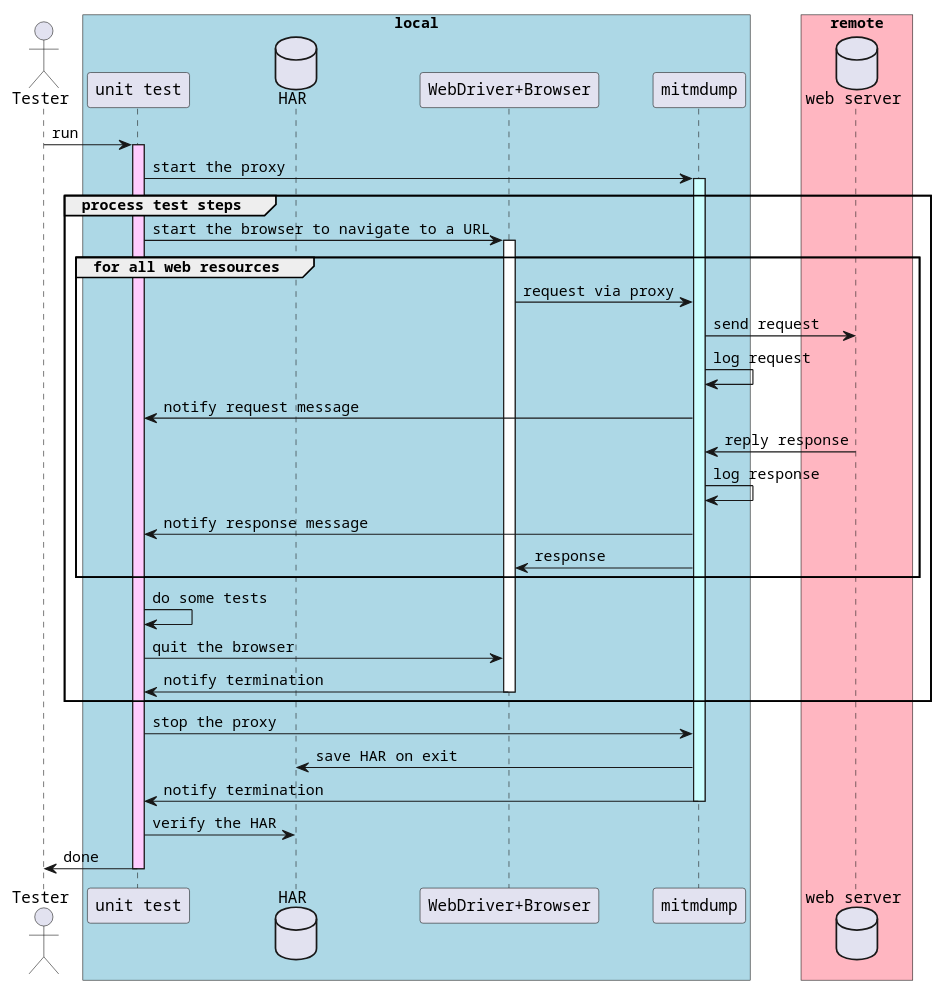
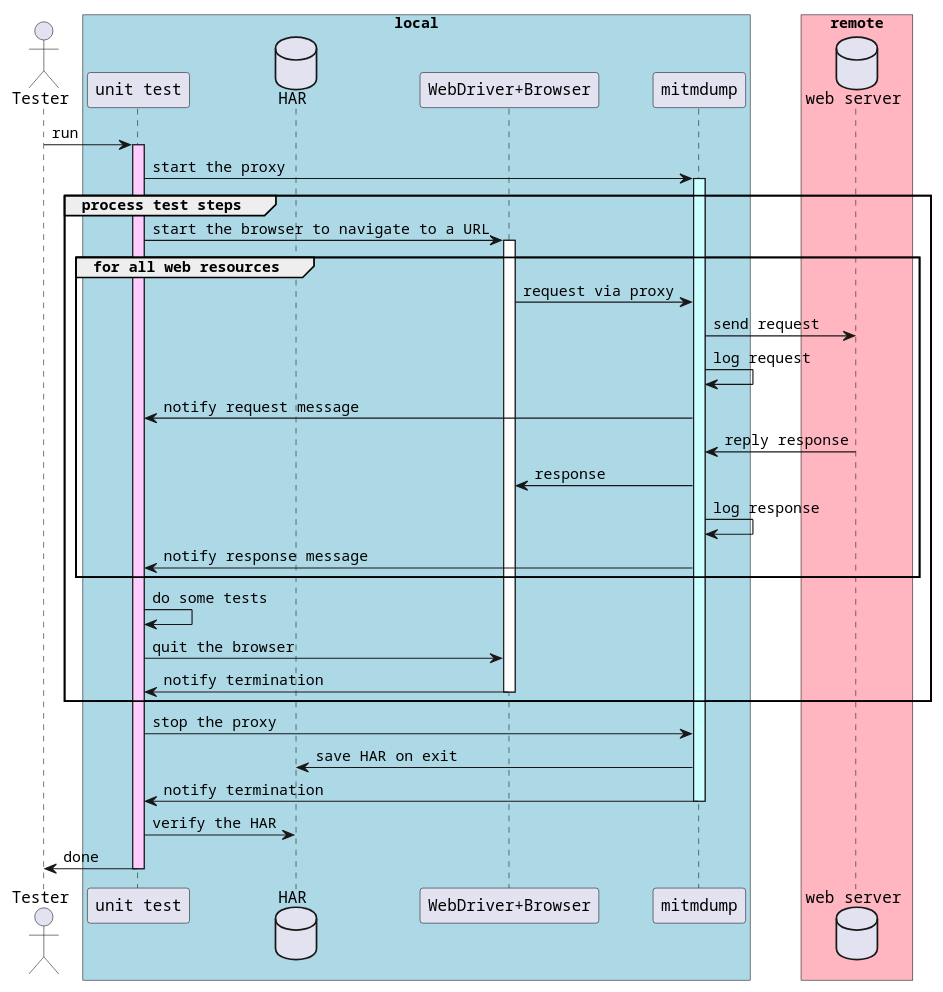
The diagram in docs/diagrams/src/sequence.puml (kazurayam/mitmproxy-lesson), drawn with PlantUML before and after one commit. The commit also changed other lines of this file and 1 other file, not shown here.

```diff
--- a/docs/diagrams/src/sequence.puml
+++ b/docs/diagrams/src/sequence.puml
@@ -1,46 +1,46 @@
 @startuml sequence
 
 skinparam defaultFontName Courier
 
 actor       Tester      as tester
 box "local" #LightBlue
 participant "unit test" as script
 database    HAR         as har
 participant "WebDriver+Browser" as browser
 participant mitmdump    as proxy
 end box
 
 box "remote" #LightPink
 database    "web server"   as server
 end box
 
 tester   -> script      : run
 activate script #FFccFF
 script   -> proxy      : start the proxy
 activate proxy #ccFFFF
 group process test steps
 script   -> browser    : start the browser to navigate to a URL
 activate browser
 group for all web resources
 browser  -> proxy      : request via proxy
 proxy    -> server     : send request
 proxy    -> proxy      : log request
 proxy    -> script     : notify request message
 server   -> proxy      : reply response
+proxy    -> browser    : response
 proxy    -> proxy      : log response
 proxy    -> script     : notify response message
-proxy    -> browser    : response
 end
 script   -> script     : do some tests
 script   -> browser    : quit the browser
 browser  -> script     : notify termination
 deactivate browser
 end
 script   -> proxy      : stop the proxy
 proxy    -> har        : save HAR on exit
 proxy    -> script     : notify termination
 deactivate proxy
 script   -> har        : verify the HAR
 script   -> tester     : done
 deactivate script
 @enduml
```
